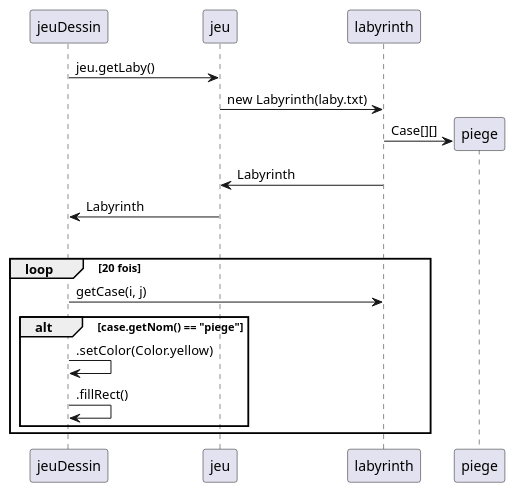
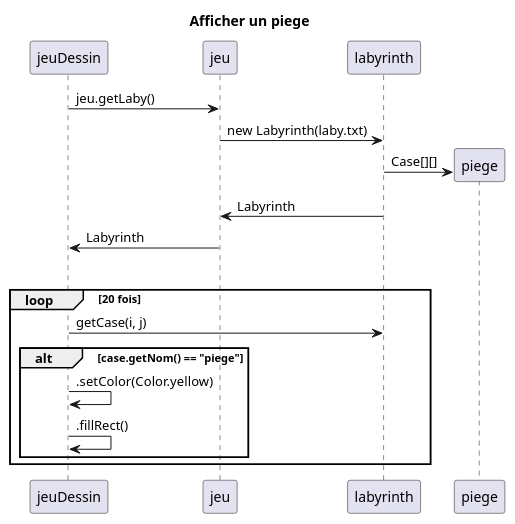
One commit to Zayd54500/2026_COO_Zeldiablo_ZB_VJ_HD_MM changed the diagram in projet_zeldiablo/documents/version_3/DiagrammeSequenceImplementationPiege.puml. Above: the diagram before and after it, drawn with PlantUML. The commit also changed 5 other files, not shown here.

```diff
--- a/projet_zeldiablo/documents/version_3/DiagrammeSequenceImplementationPiege.puml
+++ b/projet_zeldiablo/documents/version_3/DiagrammeSequenceImplementationPiege.puml
@@ -1,22 +1,23 @@
 @startuml
+title "Afficher un piege"
 participant "jeuDessin" as dessin
 participant "jeu" as jeu
 participant "labyrinth" as laby
 participant "piege" as piege
 dessin -> jeu : jeu.getLaby()
 jeu -> laby : new Labyrinth(laby.txt)
 create piege
 laby -> piege : Case[][]
 laby -> jeu : Labyrinth
 jeu -> dessin : Labyrinth
 loop 20 fois
     loop 20 fois
         dessin -> laby : getCase(i, j)
         alt case.getNom() == "piege"
             dessin -> dessin : .setColor(Color.yellow)
             dessin -> dessin : .fillRect()
        end
     end
 
 
 @enduml
```
